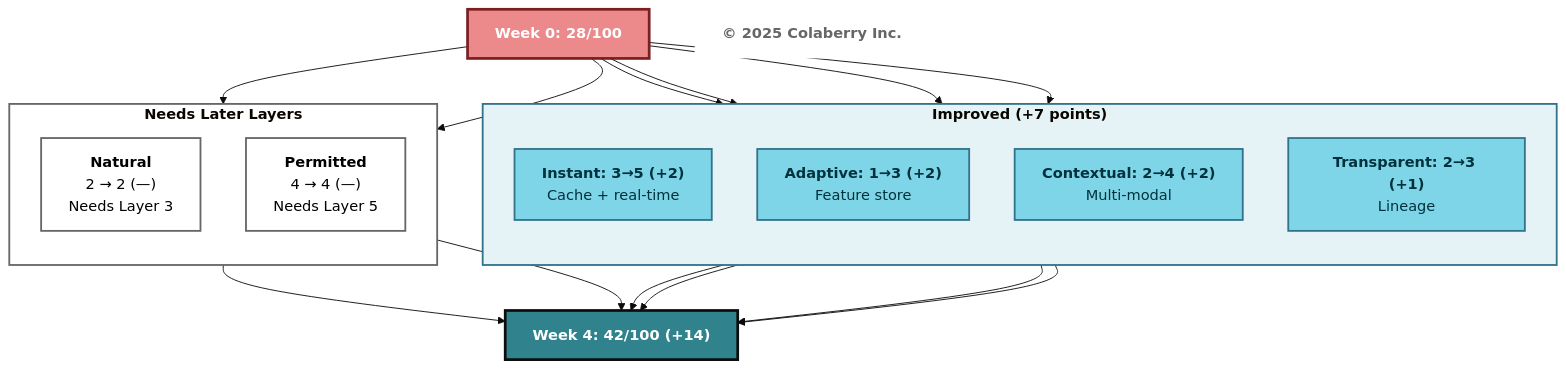
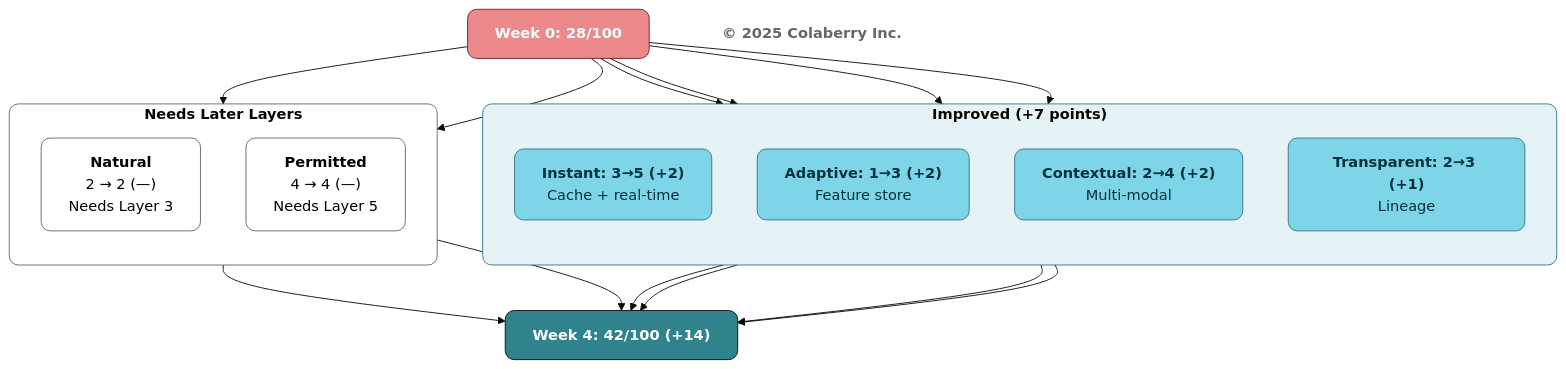
Diagram 11 of 11 in manuscript/05_chapter_4_foundation_layers.md (colaberry/trust-before-intelligence-book), drawn with Mermaid (base theme) before and after one commit. The commit also changed other lines of this file and 12 other files, not shown here.

````diff
--- a/manuscript/05_chapter_4_foundation_layers.md
+++ b/manuscript/05_chapter_4_foundation_layers.md
@@ -1147,38 +1147,38 @@
 ```mermaid
 graph TB
     BEFORE["<b>Week 0: 28/100</b>"]
     AFTER["<b>Week 4: 42/100 (+14)</b>"]
     
     subgraph IMPROVED["<b>Improved (+7 points)</b>"]
         direction TB
         A1["<b>Instant: 3→5 (+2)</b><br/>Cache + real-time"]
         A4["<b>Adaptive: 1→3 (+2)</b><br/>Feature store"]
         A5["<b>Contextual: 2→4 (+2)</b><br/>Multi-modal"]
         A6["<b>Transparent: 2→3 (+1)</b><br/>Lineage"]
     end
     
     subgraph LATER["<b>Needs Later Layers</b>"]
         direction TB
         B2["<b>Natural</b><br/>2 → 2 (—)<br/>Needs Layer 3"]
         B3["<b>Permitted</b><br/>4 → 4 (—)<br/>Needs Layer 5"]
     end
     
     Copyright["<b>© 2025 Colaberry Inc.</b>"]
     
     BEFORE --> A1 & A4 & A5 & A6
     BEFORE --> B2 & B3
     A1 & A4 & A5 & A6 --> AFTER
     B2 & B3 --> AFTER
     
-    style BEFORE fill:#EB898B,color:#ffffff,stroke:#7A1F22,stroke-width:3px
-    style IMPROVED fill:#E6F3F6,stroke:#32738C,stroke-width:2px
-    style A1 fill:#7FD5E8,stroke:#32738C,stroke-width:2px,color:#00323D
-    style A4 fill:#7FD5E8,stroke:#32738C,stroke-width:2px,color:#00323D
-    style A5 fill:#7FD5E8,stroke:#32738C,stroke-width:2px,color:#00323D
-    style A6 fill:#7FD5E8,stroke:#32738C,stroke-width:2px,color:#00323D
-    style LATER fill:#ffffff,stroke:#666666,stroke-width:2px
-    style B2 fill:#ffffff,stroke:#666666,stroke-width:2px,color:#000000
-    style B3 fill:#ffffff,stroke:#666666,stroke-width:2px,color:#000000
-    style AFTER fill:#30838C,color:#ffffff,stroke:#0D0D0D,stroke-width:3px
-    style Copyright fill:#ffffff,stroke:none,color:#666666
+    style BEFORE fill:#EB898B,color:#ffffff,stroke:#7A1F22,stroke-width:1px,rx:10,ry:10
+    style IMPROVED fill:#E6F3F6,stroke:#32738C,stroke-width:1px,rx:10,ry:10
+    style A1 fill:#7FD5E8,stroke:#32738C,stroke-width:1px,color:#00323D,rx:10,ry:10
+    style A4 fill:#7FD5E8,stroke:#32738C,stroke-width:1px,color:#00323D,rx:10,ry:10
+    style A5 fill:#7FD5E8,stroke:#32738C,stroke-width:1px,color:#00323D,rx:10,ry:10
+    style A6 fill:#7FD5E8,stroke:#32738C,stroke-width:1px,color:#00323D,rx:10,ry:10
+    style LATER fill:#ffffff,stroke:#666666,stroke-width:1px,rx:10,ry:10
+    style B2 fill:#ffffff,stroke:#666666,stroke-width:1px,color:#000000,rx:10,ry:10
+    style B3 fill:#ffffff,stroke:#666666,stroke-width:1px,color:#000000,rx:10,ry:10
+    style AFTER fill:#30838C,color:#ffffff,stroke:#0D0D0D,stroke-width:1px,rx:10,ry:10
+    style Copyright fill:none,stroke:none,color:#666666
 ```
````
